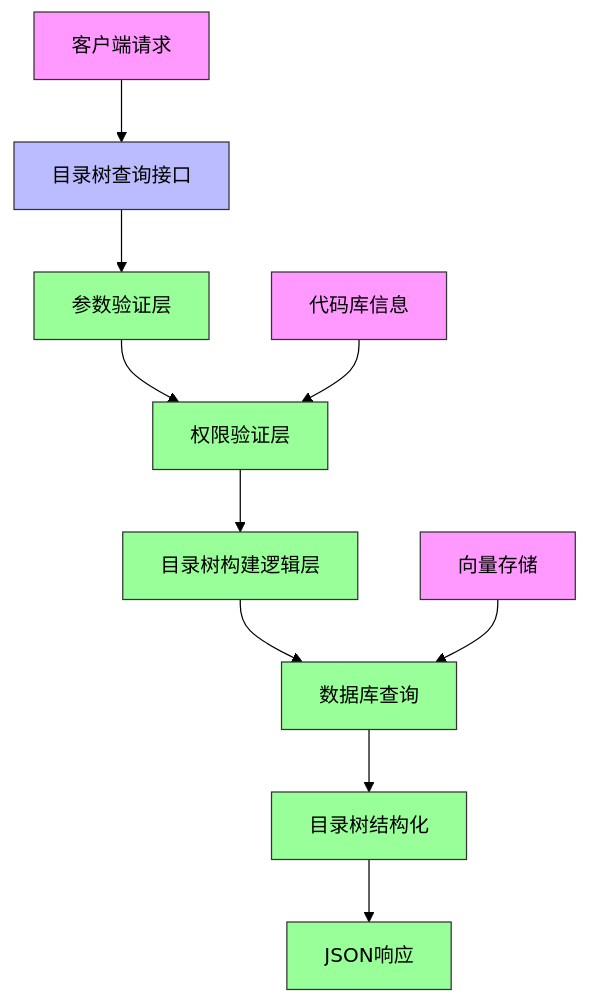
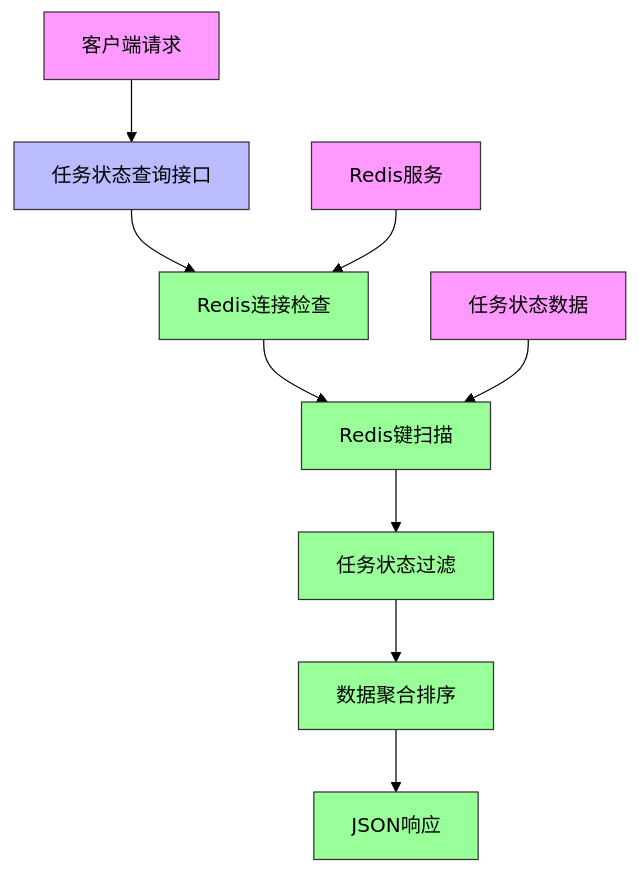
One commit to zgsm-ai/codebase-embedder changed the first of 2 diagrams in docs/technical.md. Above: the diagram before and after it, drawn with Mermaid (forest theme). The commit also changed other lines of this file and 7 other files, not shown here.

````diff
--- a/docs/technical.md
+++ b/docs/technical.md
@@ -19,24 +19,22 @@
 ```mermaid
 graph TD
-    A[客户端请求] --> B[目录树查询接口]
-    B --> C[参数验证层]
-    C --> D[权限验证层]
-    D --> E[目录树构建逻辑层]
-    E --> F[数据库查询]
-    F --> G[目录树结构化]
-    G --> H[JSON响应]
+    A[客户端请求] --> B[任务状态查询接口]
+    B --> C[Redis连接检查]
+    C --> D[Redis键扫描]
+    D --> E[任务状态过滤]
+    E --> F[数据聚合排序]
+    F --> G[JSON响应]
     
-    I[向量存储] --> F
-    J[代码库信息] --> D
+    H[Redis服务] --> C
+    I[任务状态数据] --> D
     
     style A fill:#f9f,stroke:#333
     style B fill:#bbf,stroke:#333
     style C fill:#9f9,stroke:#333
     style D fill:#9f9,stroke:#333
     style E fill:#9f9,stroke:#333
     style F fill:#9f9,stroke:#333
     style G fill:#9f9,stroke:#333
-    style H fill:#9f9,stroke:#333
+    style H fill:#f9f,stroke:#333
     style I fill:#f9f,stroke:#333
-    style J fill:#f9f,stroke:#333
 ```
````
